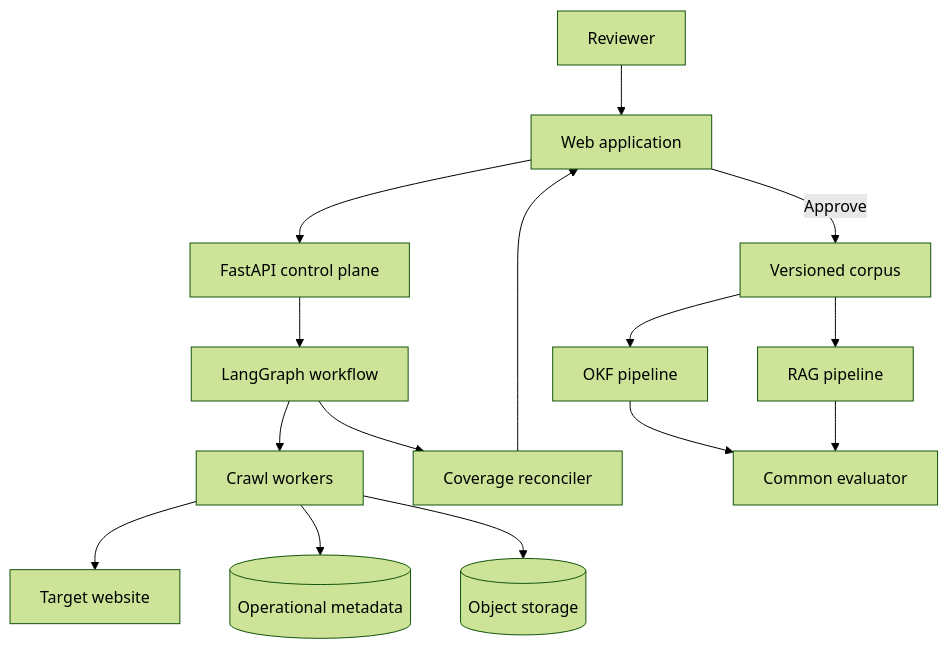
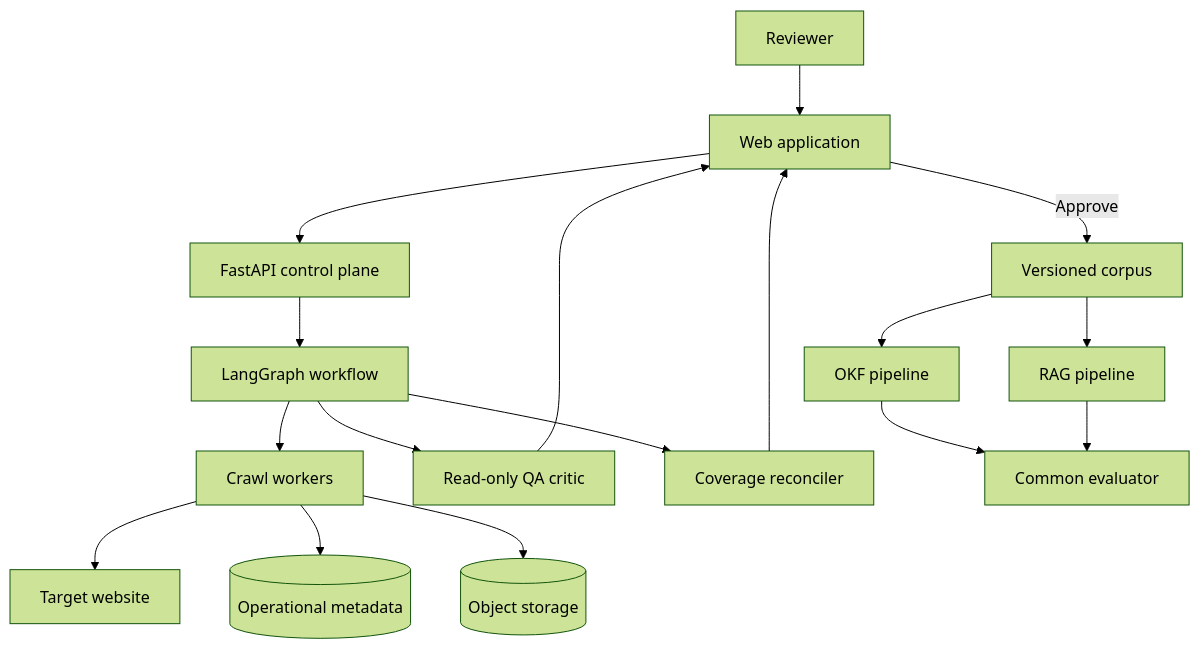
One commit to madhugraj/okf changed the first of 2 diagrams in docs/architecture.md. Above: the diagram before and after it, drawn with Mermaid (forest theme). The commit also changed other lines of this file and 25 other files, not shown here.

````diff
--- a/docs/architecture.md
+++ b/docs/architecture.md
@@ -9,17 +9,19 @@
 ```mermaid
 flowchart TD
     U[Reviewer] --> UI[Web application]
     UI --> API[FastAPI control plane]
     API --> LG[LangGraph workflow]
     LG --> CW[Crawl workers]
+    LG --> QA[Read-only QA critic]
     CW --> W[Target website]
     CW --> DB[(Operational metadata)]
     CW --> OS[(Object storage)]
     LG --> CR[Coverage reconciler]
     CR --> UI
+    QA --> UI
     UI -->|Approve| CS[Versioned corpus]
     CS --> OKF[OKF pipeline]
     CS --> RAG[RAG pipeline]
     OKF --> EV[Common evaluator]
     RAG --> EV
 ```
````
